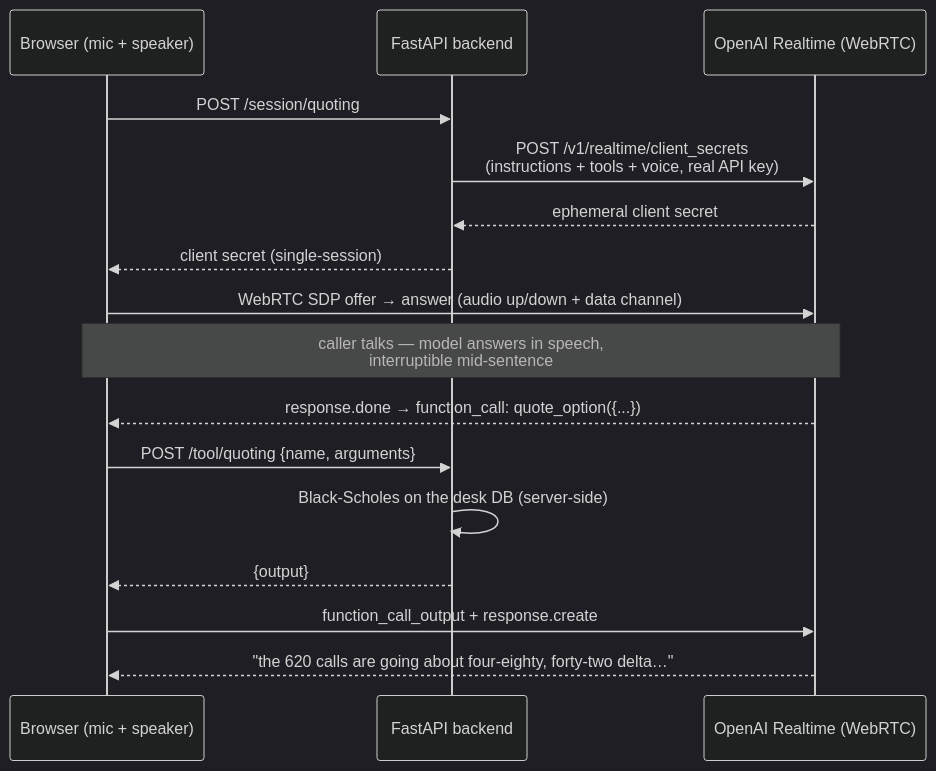
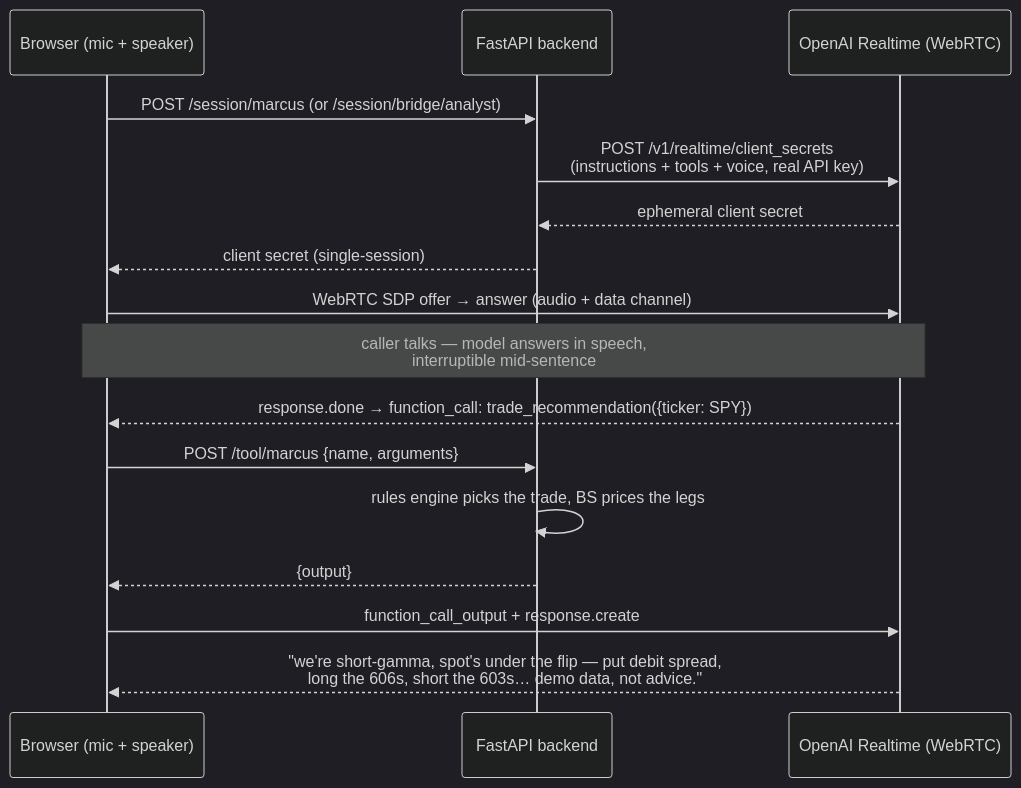
Before and after one commit to igorfyago/ai-trading-desk: the diagram in agents/06_voice/README.md, drawn with Mermaid (dark theme). The commit also changed other lines of this file and 12 other files, not shown here.

````diff
--- a/agents/06_voice/README.md
+++ b/agents/06_voice/README.md
@@ -14,18 +19,18 @@
 ```mermaid
 sequenceDiagram
     participant B as Browser (mic + speaker)
     participant S as FastAPI backend
     participant O as OpenAI Realtime (WebRTC)
-    B->>S: POST /session/quoting
+    B->>S: POST /session/marcus  (or /session/bridge/analyst)
     S->>O: POST /v1/realtime/client_secrets<br/>(instructions + tools + voice, real API key)
     O-->>S: ephemeral client secret
     S-->>B: client secret (single-session)
-    B->>O: WebRTC SDP offer → answer (audio up/down + data channel)
+    B->>O: WebRTC SDP offer → answer (audio + data channel)
     Note over B,O: caller talks — model answers in speech,<br/>interruptible mid-sentence
-    O-->>B: response.done → function_call: quote_option({...})
-    B->>S: POST /tool/quoting {name, arguments}
-    S->>S: Black-Scholes on the desk DB (server-side)
+    O-->>B: response.done → function_call: trade_recommendation({ticker: SPY})
+    B->>S: POST /tool/marcus {name, arguments}
+    S->>S: rules engine picks the trade, BS prices the legs
     S-->>B: {output}
     B->>O: function_call_output + response.create
-    O-->>B: "the 620 calls are going about four-eighty, forty-two delta…"
+    O-->>B: "we're short-gamma, spot's under the flip — put debit spread,<br/>long the 606s, short the 603s… demo data, not advice."
 ```
````
